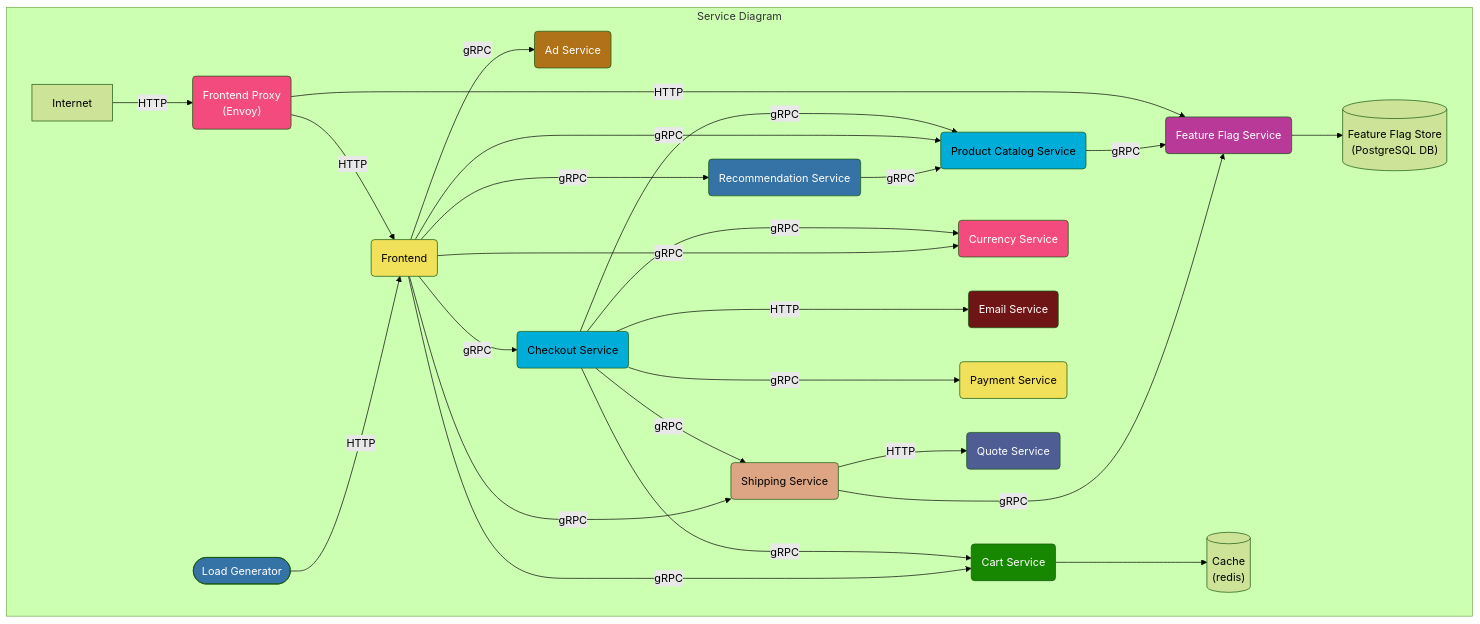
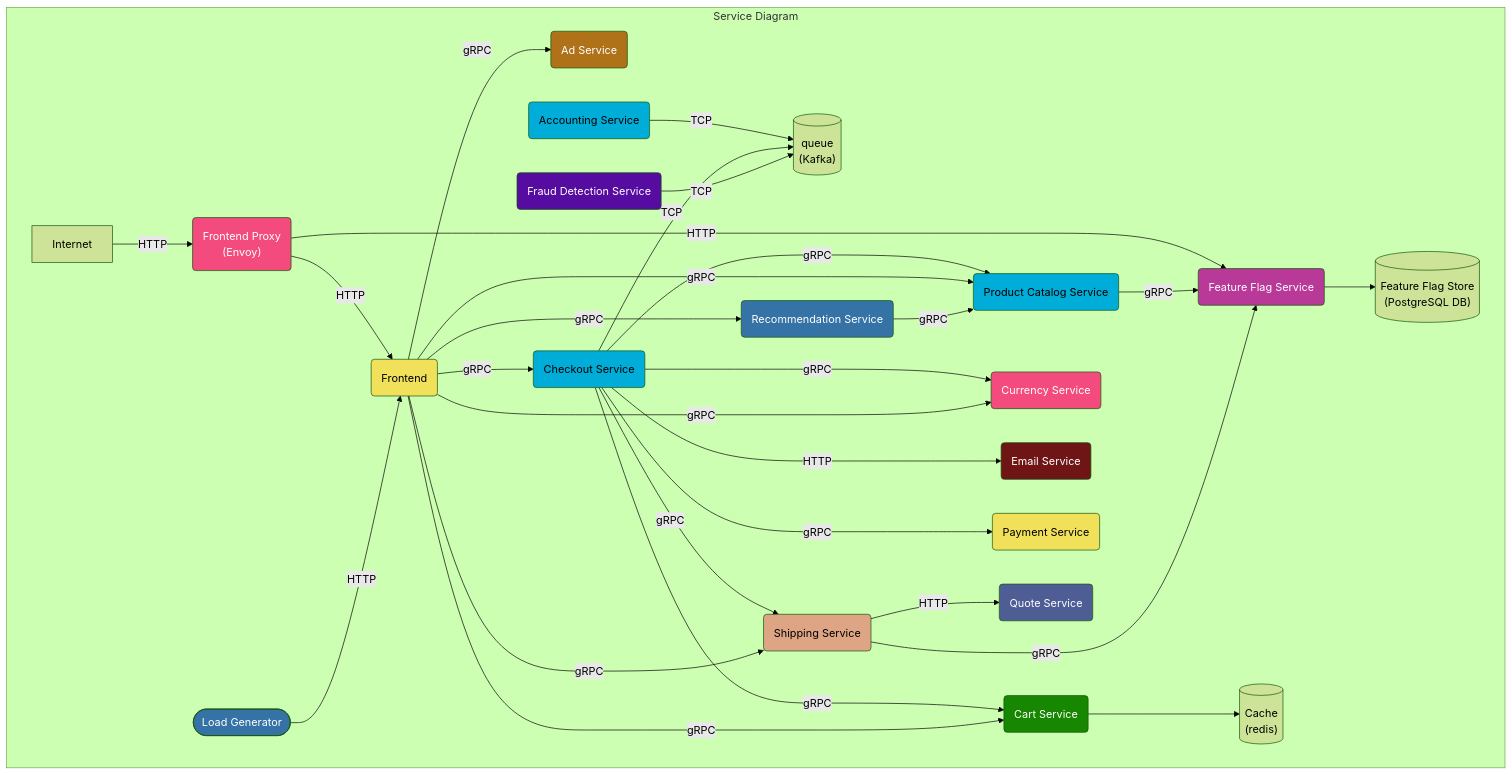
One commit to mohamed3637/opentelemetry-demo changed the first of 3 diagrams in docs/current_architecture.md. Above: the diagram before and after it, drawn with Mermaid (forest theme). The commit also changed other lines of this file and 31 other files, not shown here.

````diff
--- a/docs/current_architecture.md
+++ b/docs/current_architecture.md
@@ -7,59 +7,68 @@
 ```mermaid
 graph TD
 subgraph Service Diagram
 adservice(Ad Service):::java
+accountingservice(Accounting Service):::golang
 cache[(Cache<br/>&#40redis&#41)]
 cartservice(Cart Service):::dotnet
 checkoutservice(Checkout Service):::golang
 currencyservice(Currency Service):::cpp
 emailservice(Email Service):::ruby
+frauddetectionservice(Fraud Detection Service):::kotlin
 frontend(Frontend):::javascript
 frontendproxy(Frontend Proxy <br/>&#40Envoy&#41):::cpp
 loadgenerator([Load Generator]):::python
 paymentservice(Payment Service):::javascript
 productcatalogservice(Product Catalog Service):::golang
 quoteservice(Quote Service):::php
 recommendationservice(Recommendation Service):::python
 shippingservice(Shipping Service):::rust
 featureflagservice(Feature Flag Service):::erlang
 featureflagstore[(Feature Flag Store<br/>&#40PostgreSQL DB&#41)]
+queue[(queue<br/>&#40Kafka&#41)]
 
 Internet -->|HTTP| frontendproxy
 frontendproxy -->|HTTP| frontend
 frontendproxy -->|HTTP| featureflagservice
 loadgenerator -->|HTTP| frontend
+
+accountingservice -->|TCP| queue
 
 checkoutservice --->|gRPC| cartservice --> cache
 checkoutservice --->|gRPC| productcatalogservice
 checkoutservice --->|gRPC| currencyservice
 checkoutservice --->|HTTP| emailservice
 checkoutservice --->|gRPC| paymentservice
 checkoutservice -->|gRPC| shippingservice
+checkoutservice -->|TCP| queue
 
 frontend -->|gRPC| adservice
 frontend -->|gRPC| cartservice
 frontend -->|gRPC| productcatalogservice
 frontend -->|gRPC| checkoutservice
 frontend -->|gRPC| currencyservice
 frontend -->|gRPC| recommendationservice -->|gRPC| productcatalogservice
 frontend -->|gRPC| shippingservice -->|HTTP| quoteservice
+
+frauddetectionservice -->|TCP| queue
 
 productcatalogservice -->|gRPC| featureflagservice
 
 shippingservice -->|gRPC| featureflagservice
 
 featureflagservice --> featureflagstore
 
 end
 
 classDef java fill:#b07219,color:white;
+classDef kotlin fill:#560ba1,color:white;
 classDef dotnet fill:#178600,color:white;
 classDef golang fill:#00add8,color:black;
 classDef cpp fill:#f34b7d,color:white;
 classDef ruby fill:#701516,color:white;
 classDef python fill:#3572A5,color:white;
 classDef javascript fill:#f1e05a,color:black;
 classDef rust fill:#dea584,color:black;
 classDef erlang fill:#b83998,color:white;
 classDef php fill:#4f5d95,color:white;
 ```
````
